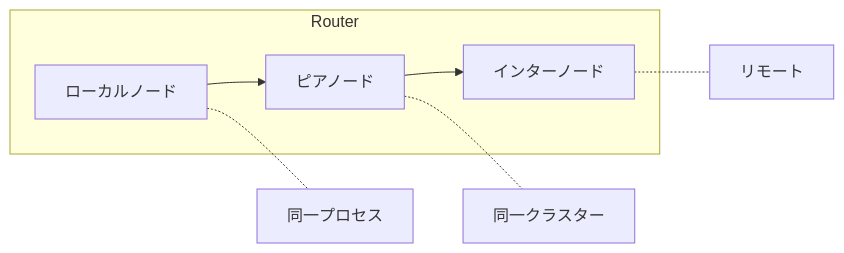
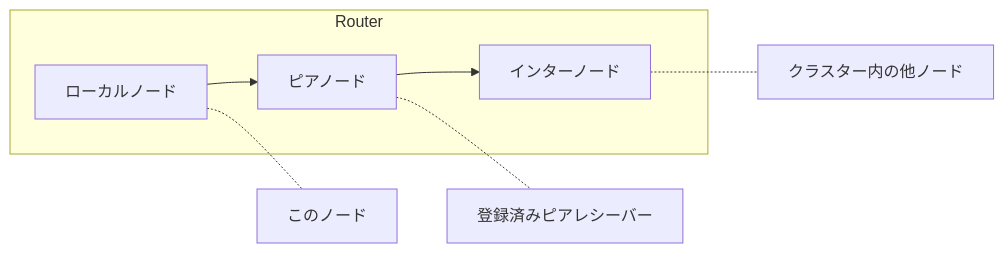
Before and after one commit to wippyai/docs: the third of 3 diagrams in ja/internals/architecture.md, drawn with Mermaid. The commit also changed other lines of this file and 693 other files, not shown here.

````diff
--- a/ja/internals/architecture.md
+++ b/ja/internals/architecture.md
@@ -170,11 +169,11 @@
 ```mermaid
 flowchart LR
     subgraph Router
         Local[ローカルノード] --> Peer[ピアノード]
         Peer --> Inter[インターノード]
     end
 
-    Local -.- L[同一プロセス]
-    Peer -.- P[同一クラスター]
-    Inter -.- I[リモート]
+    Local -.- L[このノード]
+    Peer -.- P[登録済みピアレシーバー]
+    Inter -.- I[クラスター内の他ノード]
 ```
````
